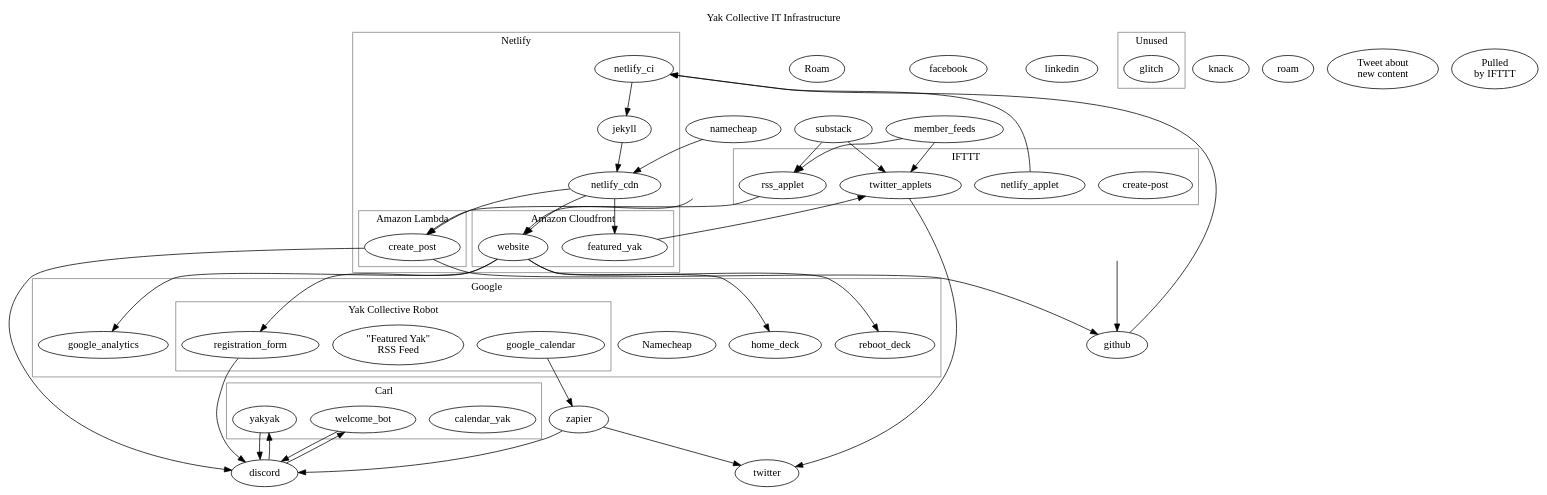
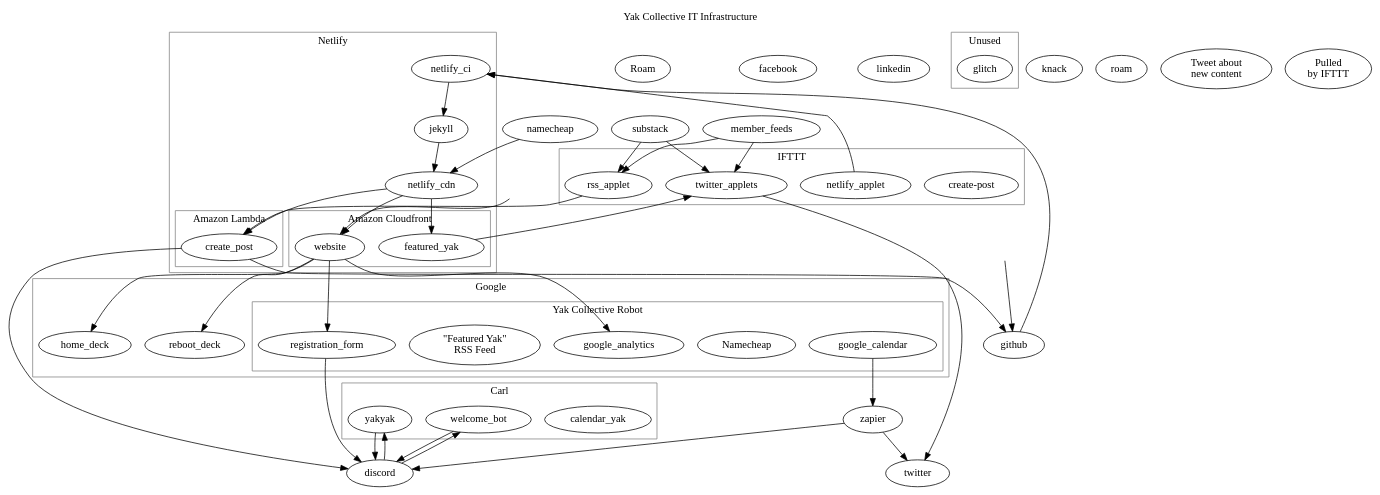
The diagram in infrastructure.dot (tilnow/docjs), drawn with Graphviz before and after one commit. The commit also changed 1 other file, not shown here.

Commit message:
Google Analytics is now owned by Yakbot

```diff
--- a/infrastructure.dot
+++ b/infrastructure.dot
@@ -1,159 +1,159 @@
 # A dot file which includes all (known) Yak Collective IT
 # infrastructure.
 #
 # Unlike standard Graphviz dot, we define some macros (in `macros.sed`)
 # that need to be replaced pre-render. You should familiarize yourself
 # with that file before editing this one.
 
 digraph yak_infrastructure {
 	labelloc = "t";
 	label = "Yak Collective IT Infrastructure";
 	labelURL = "https://roamresearch.com/#/app/ArtOfGig/page/6fhTlx1p_";
 
 	# Components
 	#
 	subgraph cluster_google {
 		labelloc = "t";
 		label = "Google";
 		color = "gray";
 
 		subgraph cluster_robot {
 			labelloc = "t";
 			label = "Yak Collective Robot";
 			labelURL = "https://roamresearch.com/#/app/ArtOfGig/page/bRd-QWJA0";
 			color = "gray";
 
+			google_analytics INTERNAL_SERVICE [label = "Google\nAnalytics"] [URL = "https://roamresearch.com/#/app/ArtOfGig/page/gkim0kNQ8"];
 			google_calendar STATIC_DATA [label = "Google\nCalendar"] [URL = "https://roamresearch.com/#/app/ArtOfGig/page/5JAKKBvdi"];
 			registration_form STATIC_DATA [label = "Registration\nForm"] [URL = "https://roamresearch.com/#/app/ArtOfGig/page/oG9FwDcRH"];
 		}
 
-		google_analytics INTERNAL_SERVICE [label = "Google\nAnalytics"] [URL = "https://roamresearch.com/#/app/ArtOfGig/page/gkim0kNQ8"];
 		reboot_deck STATIC_DATA [label = "\"Don't Waste the\nReboot\" deck"] [URL = "https://roamresearch.com/#/app/ArtOfGig/page/s7km8fEQp"];
 		home_deck STATIC_DATA [label = "\"The New Old\nHome\" deck"] [URL = "https://roamresearch.com/#/app/ArtOfGig/page/sGxc8YzrD"];
 	}
 
 	zapier INTERNAL_SERVICE [label = "Zapier"] [URL = "https://roamresearch.com/#/app/ArtOfGig/page/WW4JidMuQ"];
 
 	subgraph cluster_carl {
 		labelloc = "t";
 		label = "Carl";
 		labelURL = "https://roamresearch.com/#/app/ArtOfGig/page/wfmK-RIl1";
 		color = "gray";
 
 		calendar_yak APPLET [label = "calendar_yak"] [URL = "https://roamresearch.com/#/app/ArtOfGig/page/4lz1jh2sn"];
 		welcome_bot APPLET [label = "welcome_bot"] [URL = "https://roamresearch.com/#/app/ArtOfGig/page/S_Xkw1vVi"];
 		yakyak  APPLET [label = "yakyak"] [URL = "https://roamresearch.com/#/app/ArtOfGig/page/Q1LoZ_dE4"];
 	}
 
 	discord EXTERNAL_SERVICE [label = "Discord"] [URL = "https://roamresearch.com/#/app/ArtOfGig/page/AsI1N4yGZ"];
 
 	substack EXTERNAL_SERVICE [label = "Substack"] [URL = "https://roamresearch.com/#/app/ArtOfGig/page/kMaCo6Xc-"];
 
 	member_feeds STATIC_DATA [label = "Member RSS\nFeeds"] [URL = "https://roamresearch.com/#/app/ArtOfGig/page/RLF445t5m"];
 
 	twitter EXTERNAL_SERVICE [label = "Twitter"] [URL = "https://roamresearch.com/#/app/ArtOfGig/page/ssp9sORuP"];
 	facebook EXTERNAL_SERVICE [label = "Facebook"] [URL = "https://roamresearch.com/#/app/ArtOfGig/page/WZKSWTGz5"];
 	linkedin EXTERNAL_SERVICE [label = "LinkedIn"] [URL = "https://roamresearch.com/#/app/ArtOfGig/page/M17w4lZJB"];
 
 	subgraph cluster_unused {
 		labelloc = "t";
 		label = "Unused";
 		color = "gray";
 
 		glitch INTERNAL_SERVICE [label = "Glitch"] [URL = "https://roamresearch.com/#/app/ArtOfGig/page/bTxU0ABQS"];
 	}
 
 	subgraph cluster_ifttt {
 		labelloc = "t";
 		label = "IFTTT";
 		labelURL = "https://roamresearch.com/#/app/ArtOfGig/page/1jMx-b5Fs";
 		color = "gray";
 
 		rss_applet APPLET [label = "create-post\nApplets"] [URL = "https://roamresearch.com/#/app/ArtOfGig/page/ucCeiIsih"];
 		twitter_applets APPLET [label = "Twitter\nApplets"] [URL = "https://roamresearch.com/#/app/ArtOfGig/page/j7DInC9sg"];
 		netlify_applet APPLET [label = "Netlify Build\nHook Applet"] [URL = "https://roamresearch.com/#/app/ArtOfGig/page/EWP06EjZH"];
 	}
 
 	github INTERNAL_SERVICE [label = "GitHub"] [URL = "https://roamresearch.com/#/app/ArtOfGig/page/1PVNV7Ell"];
 
 	subgraph cluster_netlify {
 		labelloc = "t";
 		label = "Netlify";
 		labelURL = "https://roamresearch.com/#/app/ArtOfGig/page/SVNduLQJn";
 		color = "gray";
 
 		netlify_ci INTERNAL_SERVICE [label = "Netlify Continuous\nIntegration"] [URL = "https://roamresearch.com/#/app/ArtOfGig/page/lfZqzDmtI"];
 		jekyll APPLET [label = "Jekyll"] [URL = "https://roamresearch.com/#/app/ArtOfGig/page/fF35dWNYl"];
 		netlify_cdn INTERNAL_SERVICE [label = "Netlify\nCDN"] [URL = "https://roamresearch.com/#/app/ArtOfGig/page/R-E2CDAe2"];
 
 		subgraph cluster_cloudfront {
 			labelloc = "t";
 			label = "Amazon Cloudfront";
 			color = "gray";
 
 			website STATIC_DATA [label = "Yak Collective\nWebsite"] [URL = "https://roamresearch.com/#/app/ArtOfGig/page/h0Wx539Oq"];
 			featured_yak STATIC_DATA [label = "\"Featured Yak\"\nRSS Feed"] [URL = "https://roamresearch.com/#/app/ArtOfGig/page/ZzuH6YDFq"];
 		}
 
 		subgraph cluster_lambda {
 			labelloc = "t";
 			label = "Amazon Lambda";
 			color = "gray";
 
 			create_post APPLET [label = "create-post"] [URL = "https://roamresearch.com/#/app/ArtOfGig/page/wDK81GyfO"];
 		}
 	}
 
 	namecheap INTERNAL_SERVICE [label = "Namecheap"] [URL = "https://roamresearch.com/#/app/ArtOfGig/page/SrB_NQUiU"];
 	knack EXTERNAL_SERVICE [label = "Knack"] [URL = "https://roamresearch.com/#/app/ArtOfGig/page/FDjmLsCeR"];
 	roam EXTERNAL_SERVICE [label = "Roam"] [URL = "https://roamresearch.com/#/app/ArtOfGig/page/FEPWC0DLJ"];
 
 	# Hidden user interaction nodes
 	#
 	visitor  [shape = plaintext] [label = ""];
 	developer  [shape = plaintext] [label = ""];
 
 	# Website data flows to Google
 	#
 	website -> google_analytics AUTO_DATA [label = "Visitor analytics"];
 	website -> {reboot_deck, home_deck} USER_DATA [label = "Google Slides / PDF"];
 
 	# Member registration flow
 	#
 	visitor -> website USER_DATA [label = "Website visitor"];
 	website -> registration_form USER_DATA [label = "Sign up form\n(minimal data)"];
 	registration_form -> discord USER_DATA [label = "Invite link"];
 	discord -> {welcome_bot, yakyak} AUTO_DATA [label = "New user\nnotification / data"];
 	welcome_bot -> discord AUTO_DATA [label = "Welcome message\nseries"];
 	yakyak -> discord AUTO_DATA [label = "Prune inactive\nusers"];
 
 	# Building the website
 	#
 	developer -> github USER_DATA [label = "Git commit"];
 	github -> netlify_ci AUTO_DATA [label = "Repo contents pushed\non commit"];
 	netlify_applet -> netlify_ci AUTO_DATA [label = "Trigger rebuild\nevery 24 hours"];
 	netlify_ci -> jekyll AUTO_DATA [label = "Build website"];
 	jekyll -> netlify_cdn AUTO_DATA [label = "Optimize & deploy\nwebsite files"];
 	namecheap -> netlify_cdn AUTO_DATA [label = "DNS information"];
 	netlify_cdn -> {website, featured_yak} AUTO_DATA [label = "Push to Amazon\nCloudfront"];
 	netlify_cdn -> create_post AUTO_DATA [label = "Create Amazon\nLambda function"];
 
 	# Various RSS feeds to the website/Discord
 	#
 	{member_feeds, substack} -> rss_applet USER_DATA [label = "Pulled\nby IFTTT"];
 	rss_applet -> create_post AUTO_DATA [label = "RSS post data\nto webhook"];
 	create_post -> github AUTO_DATA [label = "Commit new\nmember post"];
 	create_post -> discord AUTO_DATA [label = "Post in\n#yaktalk-content"];
 
 	# Various RSS feeds to Twitter/Discord
 	#
 	{member_feeds, substack} -> twitter_applets USER_DATA [label = "Pulled\nby IFTTT"];
 	featured_yak -> twitter_applets AUTO_DATA [label = "Pulled\nby IFTTT"];
 	twitter_applets -> twitter AUTO_DATA [label = "Tweet about\nnew content"];
 
 	# Google Calendar  ->  Twitter/Discord
 	#
 	google_calendar -> zapier AUTO_DATA [label = "Pulled by\nZapier"];
 	zapier -> discord AUTO_DATA [label = "Post in\n#events"];
 	zapier -> twitter AUTO_DATA [label = "Tweet about\nnew content"];
 }
```
